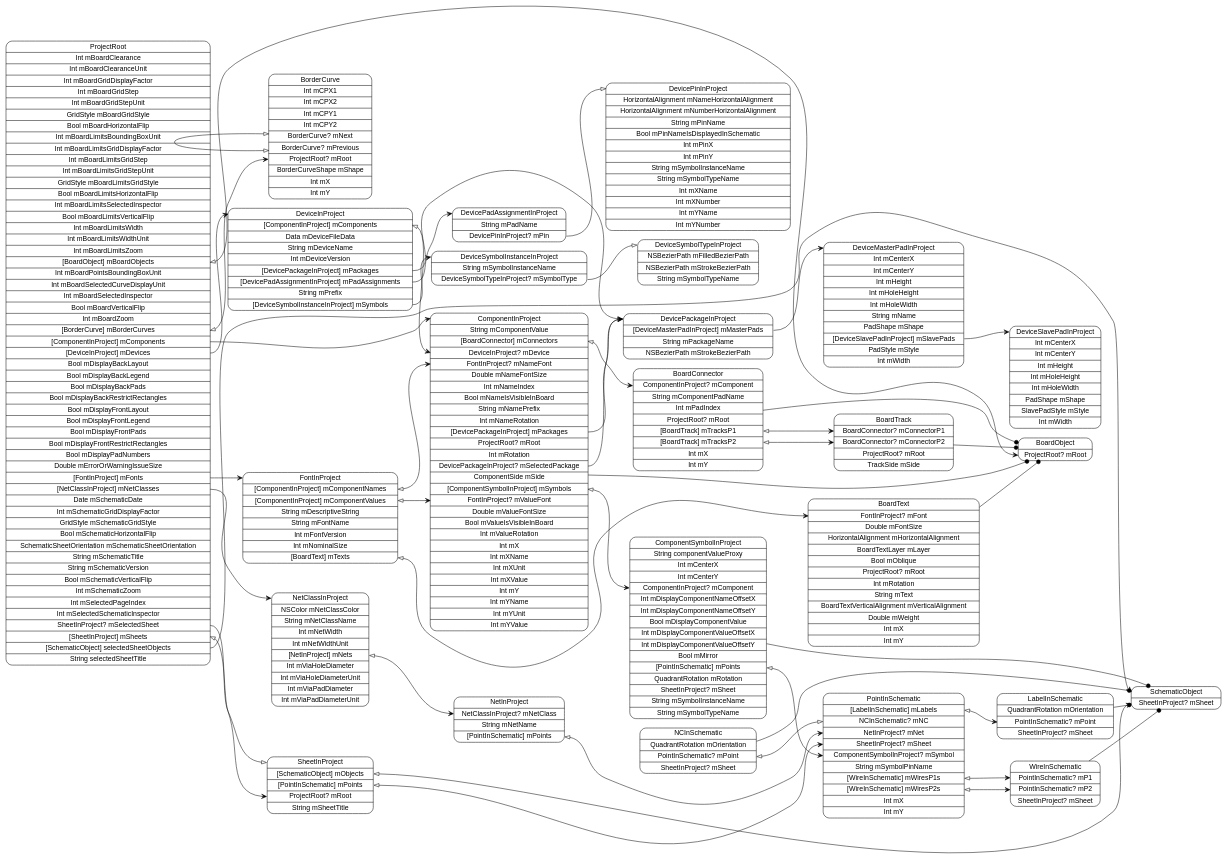
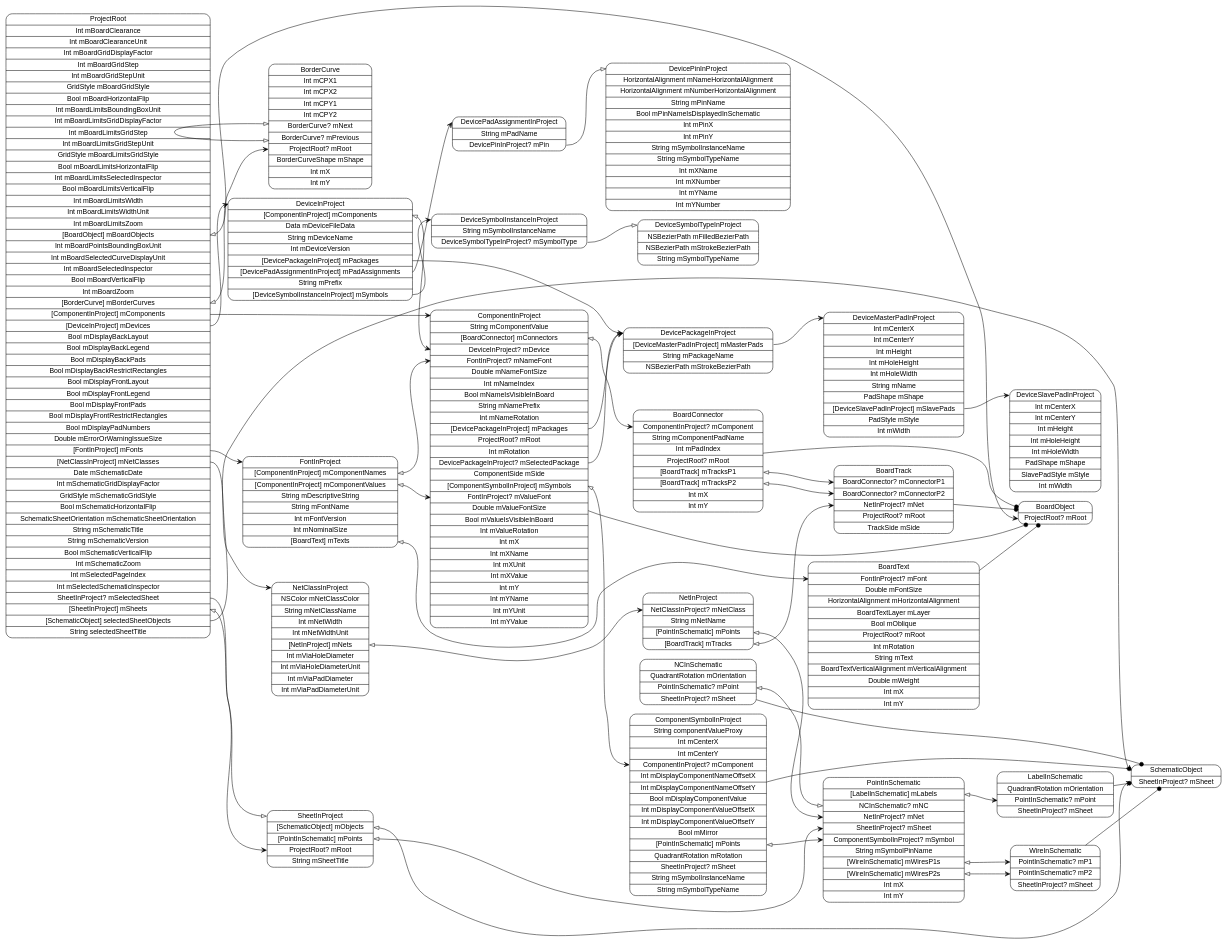
One commit to pierremolinaro/ElCanari-dev changed the diagram in models/ProjectRoot.dot. Above: the diagram before and after it, drawn with Graphviz. The commit also changed 28 other files, not shown here.

Commit message:
Suite BoardTrack

```diff
--- a/models/ProjectRoot.dot
+++ b/models/ProjectRoot.dot
@@ -1,73 +1,74 @@
 digraph G {
   rankdir=LR ;
   node [shape=record fontname=helvetica style=rounded] ;
   ProjectRoot[label="<ProjectRoot>ProjectRoot|Int mBoardClearance|Int mBoardClearanceUnit|Int mBoardGridDisplayFactor|Int mBoardGridStep|Int mBoardGridStepUnit|GridStyle mBoardGridStyle|Bool mBoardHorizontalFlip|Int mBoardLimitsBoundingBoxUnit|Int mBoardLimitsGridDisplayFactor|Int mBoardLimitsGridStep|Int mBoardLimitsGridStepUnit|GridStyle mBoardLimitsGridStyle|Bool mBoardLimitsHorizontalFlip|Int mBoardLimitsSelectedInspector|Bool mBoardLimitsVerticalFlip|Int mBoardLimitsWidth|Int mBoardLimitsWidthUnit|Int mBoardLimitsZoom|<mBoardObjects>[BoardObject] mBoardObjects|Int mBoardPointsBoundingBoxUnit|Int mBoardSelectedCurveDisplayUnit|Int mBoardSelectedInspector|Bool mBoardVerticalFlip|Int mBoardZoom|<mBorderCurves>[BorderCurve] mBorderCurves|<mComponents>[ComponentInProject] mComponents|<mDevices>[DeviceInProject] mDevices|Bool mDisplayBackLayout|Bool mDisplayBackLegend|Bool mDisplayBackPads|Bool mDisplayBackRestrictRectangles|Bool mDisplayFrontLayout|Bool mDisplayFrontLegend|Bool mDisplayFrontPads|Bool mDisplayFrontRestrictRectangles|Bool mDisplayPadNumbers|Double mErrorOrWarningIssueSize|<mFonts>[FontInProject] mFonts|<mNetClasses>[NetClassInProject] mNetClasses|Date mSchematicDate|Int mSchematicGridDisplayFactor|GridStyle mSchematicGridStyle|Bool mSchematicHorizontalFlip|SchematicSheetOrientation mSchematicSheetOrientation|String mSchematicTitle|String mSchematicVersion|Bool mSchematicVerticalFlip|Int mSchematicZoom|Int mSelectedPageIndex|Int mSelectedSchematicInspector|<mSelectedSheet>SheetInProject? mSelectedSheet|<mSheets>[SheetInProject] mSheets|<selectedSheetObjects>[SchematicObject] selectedSheetObjects|String selectedSheetTitle"] ;
   SchematicObject[label="<SchematicObject>SchematicObject|<mSheet>SheetInProject? mSheet"] ;
   SheetInProject[label="<SheetInProject>SheetInProject|<mObjects>[SchematicObject] mObjects|<mPoints>[PointInSchematic] mPoints|<mRoot>ProjectRoot? mRoot|String mSheetTitle"] ;
   PointInSchematic[label="<PointInSchematic>PointInSchematic|<mLabels>[LabelInSchematic] mLabels|<mNC>NCInSchematic? mNC|<mNet>NetInProject? mNet|<mSheet>SheetInProject? mSheet|<mSymbol>ComponentSymbolInProject? mSymbol|String mSymbolPinName|<mWiresP1s>[WireInSchematic] mWiresP1s|<mWiresP2s>[WireInSchematic] mWiresP2s|Int mX|Int mY"] ;
   WireInSchematic[label="<WireInSchematic>WireInSchematic|<mP1>PointInSchematic? mP1|<mP2>PointInSchematic? mP2|<mSheet>SheetInProject? mSheet"] ;
   NCInSchematic[label="<NCInSchematic>NCInSchematic|QuadrantRotation mOrientation|<mPoint>PointInSchematic? mPoint|<mSheet>SheetInProject? mSheet"] ;
   LabelInSchematic[label="<LabelInSchematic>LabelInSchematic|QuadrantRotation mOrientation|<mPoint>PointInSchematic? mPoint|<mSheet>SheetInProject? mSheet"] ;
   NetClassInProject[label="<NetClassInProject>NetClassInProject|NSColor mNetClassColor|String mNetClassName|Int mNetWidth|Int mNetWidthUnit|<mNets>[NetInProject] mNets|Int mViaHoleDiameter|Int mViaHoleDiameterUnit|Int mViaPadDiameter|Int mViaPadDiameterUnit"] ;
-  NetInProject[label="<NetInProject>NetInProject|<mNetClass>NetClassInProject? mNetClass|String mNetName|<mPoints>[PointInSchematic] mPoints"] ;
+  NetInProject[label="<NetInProject>NetInProject|<mNetClass>NetClassInProject? mNetClass|String mNetName|<mPoints>[PointInSchematic] mPoints|<mTracks>[BoardTrack] mTracks"] ;
+  BoardTrack[label="<BoardTrack>BoardTrack|<mConnectorP1>BoardConnector? mConnectorP1|<mConnectorP2>BoardConnector? mConnectorP2|<mNet>NetInProject? mNet|<mRoot>ProjectRoot? mRoot|TrackSide mSide"] ;
   FontInProject[label="<FontInProject>FontInProject|<mComponentNames>[ComponentInProject] mComponentNames|<mComponentValues>[ComponentInProject] mComponentValues|String mDescriptiveString|String mFontName|Int mFontVersion|Int mNominalSize|<mTexts>[BoardText] mTexts"] ;
   BoardText[label="<BoardText>BoardText|<mFont>FontInProject? mFont|Double mFontSize|HorizontalAlignment mHorizontalAlignment|BoardTextLayer mLayer|Bool mOblique|<mRoot>ProjectRoot? mRoot|Int mRotation|String mText|BoardTextVerticalAlignment mVerticalAlignment|Double mWeight|Int mX|Int mY"] ;
   DeviceInProject[label="<DeviceInProject>DeviceInProject|<mComponents>[ComponentInProject] mComponents|Data mDeviceFileData|String mDeviceName|Int mDeviceVersion|<mPackages>[DevicePackageInProject] mPackages|<mPadAssignments>[DevicePadAssignmentInProject] mPadAssignments|String mPrefix|<mSymbols>[DeviceSymbolInstanceInProject] mSymbols"] ;
   DeviceSymbolInstanceInProject[label="<DeviceSymbolInstanceInProject>DeviceSymbolInstanceInProject|String mSymbolInstanceName|<mSymbolType>DeviceSymbolTypeInProject? mSymbolType"] ;
   DeviceSymbolTypeInProject[label="<DeviceSymbolTypeInProject>DeviceSymbolTypeInProject|NSBezierPath mFilledBezierPath|NSBezierPath mStrokeBezierPath|String mSymbolTypeName"] ;
   DevicePadAssignmentInProject[label="<DevicePadAssignmentInProject>DevicePadAssignmentInProject|String mPadName|<mPin>DevicePinInProject? mPin"] ;
   DevicePinInProject[label="<DevicePinInProject>DevicePinInProject|HorizontalAlignment mNameHorizontalAlignment|HorizontalAlignment mNumberHorizontalAlignment|String mPinName|Bool mPinNameIsDisplayedInSchematic|Int mPinX|Int mPinY|String mSymbolInstanceName|String mSymbolTypeName|Int mXName|Int mXNumber|Int mYName|Int mYNumber"] ;
   DevicePackageInProject[label="<DevicePackageInProject>DevicePackageInProject|<mMasterPads>[DeviceMasterPadInProject] mMasterPads|String mPackageName|NSBezierPath mStrokeBezierPath"] ;
   DeviceMasterPadInProject[label="<DeviceMasterPadInProject>DeviceMasterPadInProject|Int mCenterX|Int mCenterY|Int mHeight|Int mHoleHeight|Int mHoleWidth|String mName|PadShape mShape|<mSlavePads>[DeviceSlavePadInProject] mSlavePads|PadStyle mStyle|Int mWidth"] ;
   DeviceSlavePadInProject[label="<DeviceSlavePadInProject>DeviceSlavePadInProject|Int mCenterX|Int mCenterY|Int mHeight|Int mHoleHeight|Int mHoleWidth|PadShape mShape|SlavePadStyle mStyle|Int mWidth"] ;
   ComponentInProject[label="<ComponentInProject>ComponentInProject|String mComponentValue|<mConnectors>[BoardConnector] mConnectors|<mDevice>DeviceInProject? mDevice|<mNameFont>FontInProject? mNameFont|Double mNameFontSize|Int mNameIndex|Bool mNameIsVisibleInBoard|String mNamePrefix|Int mNameRotation|<mPackages>[DevicePackageInProject] mPackages|<mRoot>ProjectRoot? mRoot|Int mRotation|<mSelectedPackage>DevicePackageInProject? mSelectedPackage|ComponentSide mSide|<mSymbols>[ComponentSymbolInProject] mSymbols|<mValueFont>FontInProject? mValueFont|Double mValueFontSize|Bool mValueIsVisibleInBoard|Int mValueRotation|Int mX|Int mXName|Int mXUnit|Int mXValue|Int mY|Int mYName|Int mYUnit|Int mYValue"] ;
   ComponentSymbolInProject[label="<ComponentSymbolInProject>ComponentSymbolInProject|String componentValueProxy|Int mCenterX|Int mCenterY|<mComponent>ComponentInProject? mComponent|Int mDisplayComponentNameOffsetX|Int mDisplayComponentNameOffsetY|Bool mDisplayComponentValue|Int mDisplayComponentValueOffsetX|Int mDisplayComponentValueOffsetY|Bool mMirror|<mPoints>[PointInSchematic] mPoints|QuadrantRotation mRotation|<mSheet>SheetInProject? mSheet|String mSymbolInstanceName|String mSymbolTypeName"] ;
   BoardConnector[label="<BoardConnector>BoardConnector|<mComponent>ComponentInProject? mComponent|String mComponentPadName|Int mPadIndex|<mRoot>ProjectRoot? mRoot|<mTracksP1>[BoardTrack] mTracksP1|<mTracksP2>[BoardTrack] mTracksP2|Int mX|Int mY"] ;
-  BoardTrack[label="<BoardTrack>BoardTrack|<mConnectorP1>BoardConnector? mConnectorP1|<mConnectorP2>BoardConnector? mConnectorP2|<mRoot>ProjectRoot? mRoot|TrackSide mSide"] ;
   BorderCurve[label="<BorderCurve>BorderCurve|Int mCPX1|Int mCPX2|Int mCPY1|Int mCPY2|<mNext>BorderCurve? mNext|<mPrevious>BorderCurve? mPrevious|<mRoot>ProjectRoot? mRoot|BorderCurveShape mShape|Int mX|Int mY"] ;
   BoardObject[label="<BoardObject>BoardObject|<mRoot>ProjectRoot? mRoot"] ;
   ProjectRoot:mBoardObjects -> BoardObject:mRoot [dir=both arrowtail=onormal arrowhead=vee] ;
   ProjectRoot:mBorderCurves -> BorderCurve:mRoot [dir=both arrowtail=onormal arrowhead=vee] ;
   ProjectRoot:mComponents -> ComponentInProject:ComponentInProject [dir=both arrowtail=none arrowhead=vee] ;
   ProjectRoot:mDevices -> DeviceInProject:DeviceInProject [dir=both arrowtail=none arrowhead=vee] ;
   ProjectRoot:mFonts -> FontInProject:FontInProject [dir=both arrowtail=none arrowhead=vee] ;
   ProjectRoot:mNetClasses -> NetClassInProject:NetClassInProject [dir=both arrowtail=none arrowhead=vee] ;
   ProjectRoot:mSelectedSheet -> SheetInProject:SheetInProject [dir=both arrowtail=none arrowhead=onormal] ;
   ProjectRoot:mSheets -> SheetInProject:mRoot [dir=both arrowtail=onormal arrowhead=vee] ;
   ProjectRoot:selectedSheetObjects -> SchematicObject:SchematicObject [dir=both arrowtail=none arrowhead=vee] ;
   SheetInProject:mObjects -> SchematicObject:mSheet [dir=both arrowtail=onormal arrowhead=vee] ;
   SheetInProject:mPoints -> PointInSchematic:mSheet [dir=both arrowtail=onormal arrowhead=vee] ;
   PointInSchematic:mLabels -> LabelInSchematic:mPoint [dir=both arrowtail=onormal arrowhead=vee] ;
   PointInSchematic:mWiresP1s -> WireInSchematic:mP1 [dir=both arrowtail=onormal arrowhead=vee] ;
   PointInSchematic:mWiresP2s -> WireInSchematic:mP2 [dir=both arrowtail=onormal arrowhead=vee] ;
   WireInSchematic -> SchematicObject [arrowhead=dot] ;
   NCInSchematic -> SchematicObject [arrowhead=dot] ;
   NCInSchematic:mPoint -> PointInSchematic:mNC [dir=both arrowtail=onormal arrowhead=onormal] ;
   LabelInSchematic -> SchematicObject [arrowhead=dot] ;
   NetClassInProject:mNets -> NetInProject:mNetClass [dir=both arrowtail=onormal arrowhead=vee] ;
   NetInProject:mPoints -> PointInSchematic:mNet [dir=both arrowtail=onormal arrowhead=vee] ;
+  NetInProject:mTracks -> BoardTrack:mNet [dir=both arrowtail=onormal arrowhead=vee] ;
+  BoardTrack -> BoardObject [arrowhead=dot] ;
   FontInProject:mComponentNames -> ComponentInProject:mNameFont [dir=both arrowtail=onormal arrowhead=vee] ;
   FontInProject:mComponentValues -> ComponentInProject:mValueFont [dir=both arrowtail=onormal arrowhead=vee] ;
   FontInProject:mTexts -> BoardText:mFont [dir=both arrowtail=onormal arrowhead=vee] ;
   BoardText -> BoardObject [arrowhead=dot] ;
   DeviceInProject:mComponents -> ComponentInProject:mDevice [dir=both arrowtail=onormal arrowhead=vee] ;
   DeviceInProject:mPackages -> DevicePackageInProject:DevicePackageInProject [dir=both arrowtail=none arrowhead=vee] ;
   DeviceInProject:mPadAssignments -> DevicePadAssignmentInProject:DevicePadAssignmentInProject [dir=both arrowtail=none arrowhead=vee] ;
   DeviceInProject:mSymbols -> DeviceSymbolInstanceInProject:DeviceSymbolInstanceInProject [dir=both arrowtail=none arrowhead=vee] ;
   DeviceSymbolInstanceInProject:mSymbolType -> DeviceSymbolTypeInProject:DeviceSymbolTypeInProject [dir=both arrowtail=none arrowhead=onormal] ;
   DevicePadAssignmentInProject:mPin -> DevicePinInProject:DevicePinInProject [dir=both arrowtail=none arrowhead=onormal] ;
   DevicePackageInProject:mMasterPads -> DeviceMasterPadInProject:DeviceMasterPadInProject [dir=both arrowtail=none arrowhead=vee] ;
   DeviceMasterPadInProject:mSlavePads -> DeviceSlavePadInProject:DeviceSlavePadInProject [dir=both arrowtail=none arrowhead=vee] ;
   ComponentInProject -> BoardObject [arrowhead=dot] ;
   ComponentInProject:mConnectors -> BoardConnector:mComponent [dir=both arrowtail=onormal arrowhead=vee] ;
   ComponentInProject:mPackages -> DevicePackageInProject:DevicePackageInProject [dir=both arrowtail=none arrowhead=vee] ;
   ComponentInProject:mSelectedPackage -> DevicePackageInProject:DevicePackageInProject [dir=both arrowtail=none arrowhead=onormal] ;
   ComponentInProject:mSymbols -> ComponentSymbolInProject:mComponent [dir=both arrowtail=onormal arrowhead=vee] ;
   ComponentSymbolInProject -> SchematicObject [arrowhead=dot] ;
   ComponentSymbolInProject:mPoints -> PointInSchematic:mSymbol [dir=both arrowtail=onormal arrowhead=vee] ;
   BoardConnector -> BoardObject [arrowhead=dot] ;
   BoardConnector:mTracksP1 -> BoardTrack:mConnectorP1 [dir=both arrowtail=onormal arrowhead=vee] ;
   BoardConnector:mTracksP2 -> BoardTrack:mConnectorP2 [dir=both arrowtail=onormal arrowhead=vee] ;
-  BoardTrack -> BoardObject [arrowhead=dot] ;
   BorderCurve:mPrevious -> BorderCurve:mNext [dir=both arrowtail=onormal arrowhead=onormal] ;
 }
```
